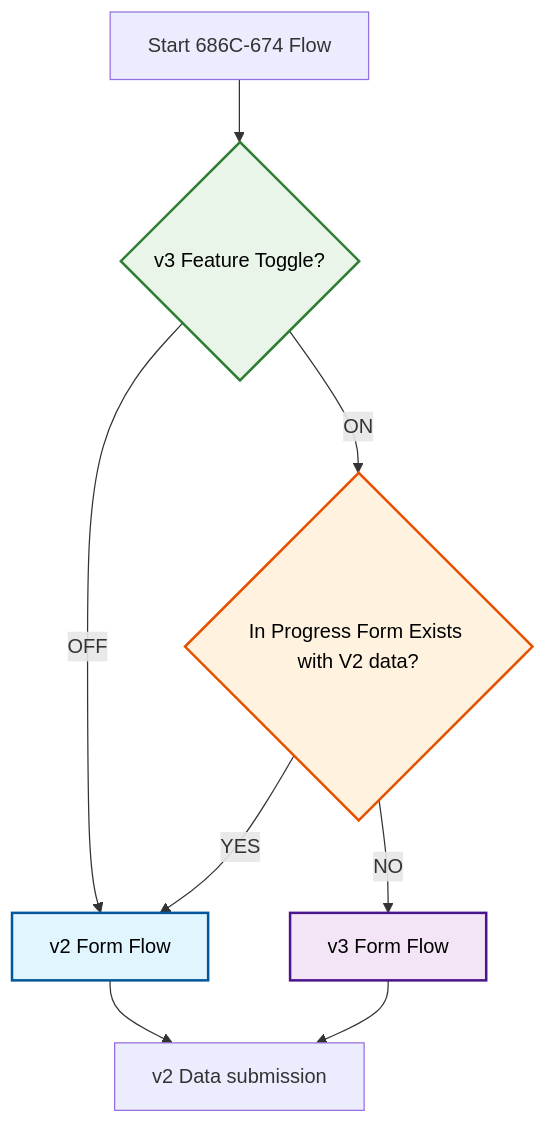
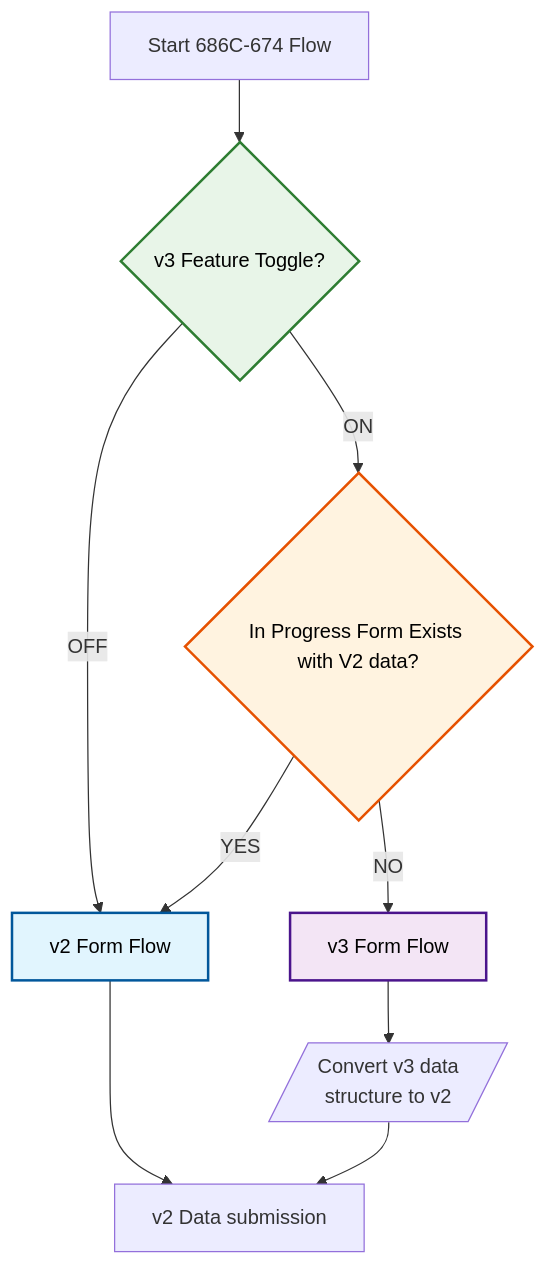
Before and after one commit to department-of-veterans-affairs/va.gov-team: the diagram in products/dependents/picklist/transition-strategy.md, drawn with Mermaid.

Commit message:
Update V3 to V2 in transition strategy
Add conversion step from V3 to V2 in transition strategy

````diff
--- a/products/dependents/picklist/transition-strategy.md
+++ b/products/dependents/picklist/transition-strategy.md
@@ -39,27 +39,29 @@
 ```mermaid
 flowchart TD
     Start[Start 686C-674 Flow]
     ToggleCheck{v3 Feature Toggle?}
 
     Start --> ToggleCheck
 
     %% v3 Feature Toggle OFF path
     ToggleCheck -- "OFF" --> V2Flow[v2 Form Flow]
     V2Flow --> V2Submit[v2 Data submission]
 
     %% v3 Feature Toggle ON path
     ToggleCheck -- "ON" --> InProgressCheck{In Progress Form Exists with V2 data?}
 
     %% Branch back to v2 if in progress form exists
     InProgressCheck -- "YES" --> V2Flow
 
     %% Continue with v3 if no in progress form
     InProgressCheck -- "NO" --> V3Flow[v3 Form Flow]
-    V3Flow --> V2Submit
+    V3Flow --> convertV3toV2Data[/Convert v3 data<br>structure to v2/]
+
+    convertV3toV2Data --> V2Submit
 
     %% Styling
     style V2Flow fill:#e1f5fe,stroke:#01579b,stroke-width:2px,color:#000000
     style V3Flow fill:#f3e5f5,stroke:#4a148c,stroke-width:2px,color:#000000
     style InProgressCheck fill:#fff3e0,stroke:#e65100,stroke-width:2px,color:#000000
     style ToggleCheck fill:#e8f5e8,stroke:#2e7d32,stroke-width:2px,color:#000000
 ```
````
